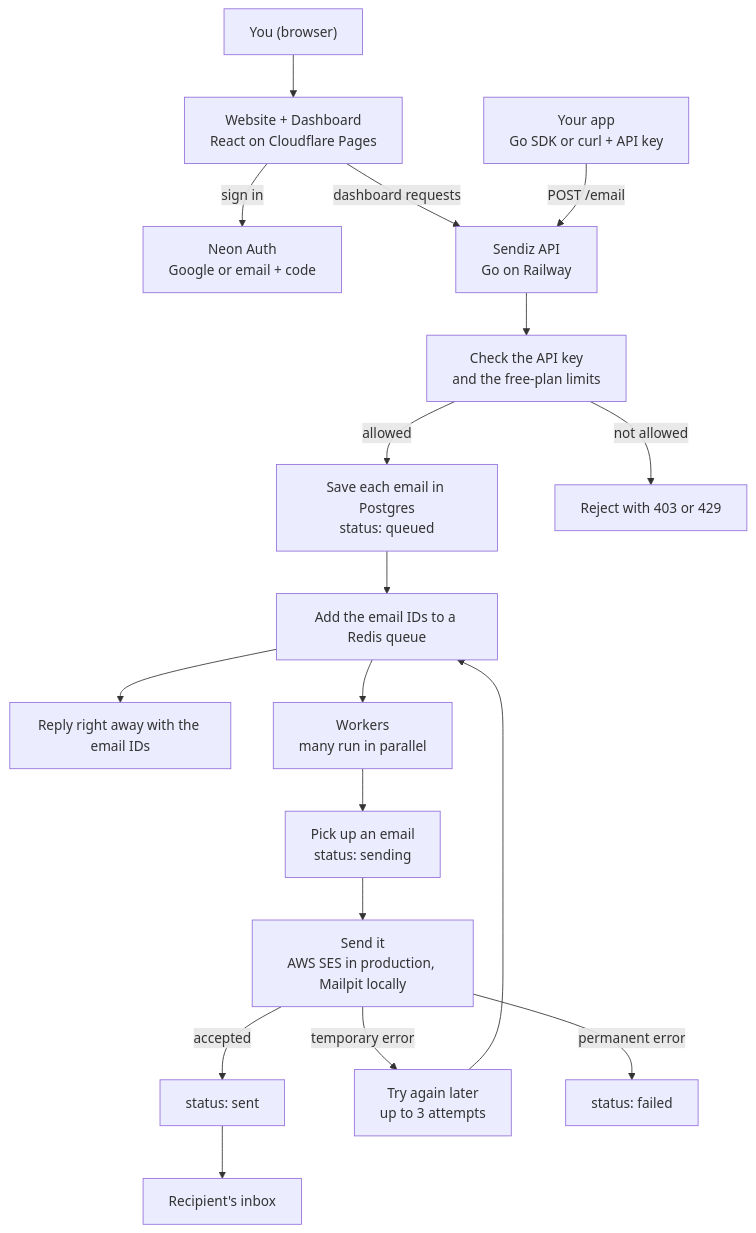
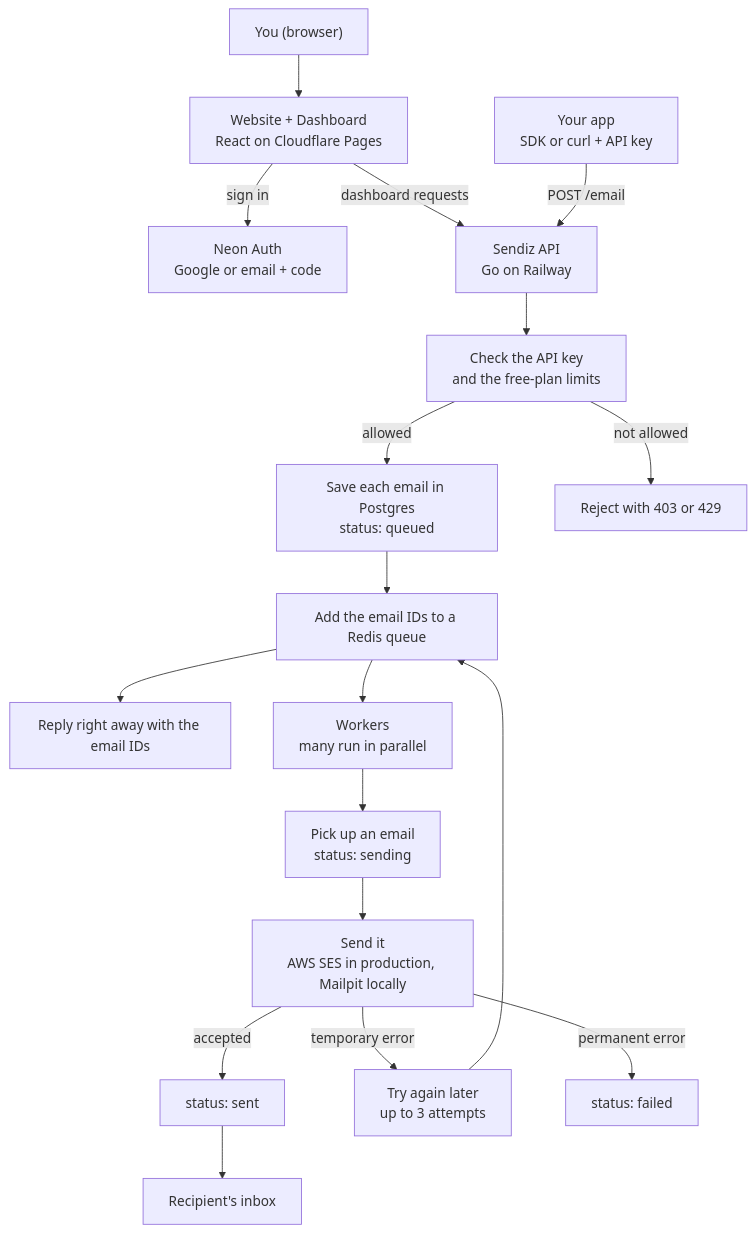
The diagram in README.md (karthikponna/sendiz), drawn with Mermaid before and after one commit. The commit also changed other lines of this file and 16 other files, not shown here.

````diff
--- a/README.md
+++ b/README.md
@@ -15,23 +15,23 @@
 ```mermaid
 flowchart TD
     User["You (browser)"] --> Website["Website + Dashboard<br/>React on Cloudflare Pages"]
     Website -->|sign in| Auth["Neon Auth<br/>Google or email + code"]
     Website -->|dashboard requests| API
 
-    App["Your app<br/>Go SDK or curl + API key"] -->|POST /email| API["Sendiz API<br/>Go on Railway"]
+    App["Your app<br/>SDK or curl + API key"] -->|POST /email| API["Sendiz API<br/>Go on Railway"]
 
     API --> Check["Check the API key<br/>and the free-plan limits"]
     Check -->|allowed| Save["Save each email in Postgres<br/>status: queued"]
     Check -->|not allowed| Reject["Reject with 403 or 429"]
     Save --> Queue["Add the email IDs to a Redis queue"]
     Queue --> Reply["Reply right away with the email IDs"]
 
     Queue --> Workers["Workers<br/>many run in parallel"]
     Workers --> Claim["Pick up an email<br/>status: sending"]
     Claim --> Send["Send it<br/>AWS SES in production, Mailpit locally"]
     Send -->|accepted| Sent["status: sent"]
     Send -->|temporary error| Retry["Try again later<br/>up to 3 attempts"]
     Send -->|permanent error| Failed["status: failed"]
     Retry --> Queue
     Sent --> Inbox["Recipient's inbox"]
 ```
````
